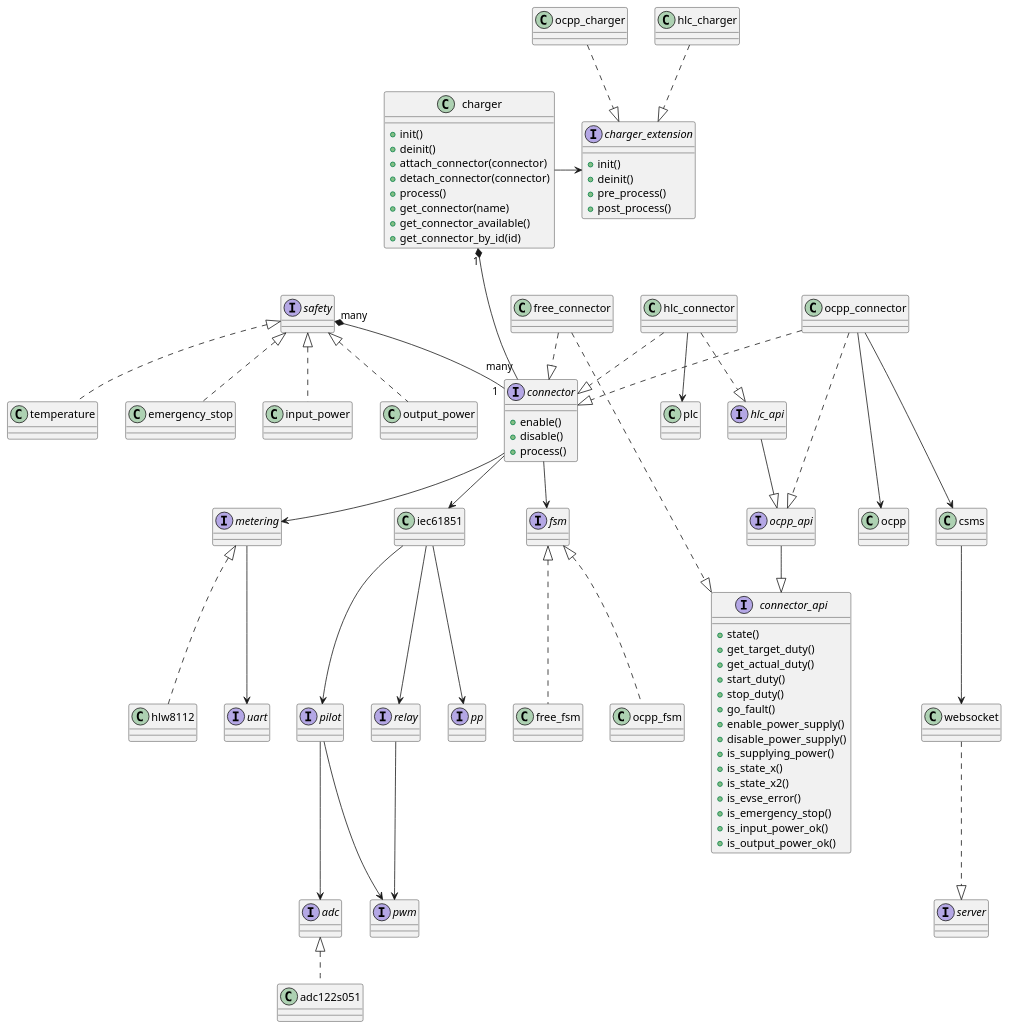
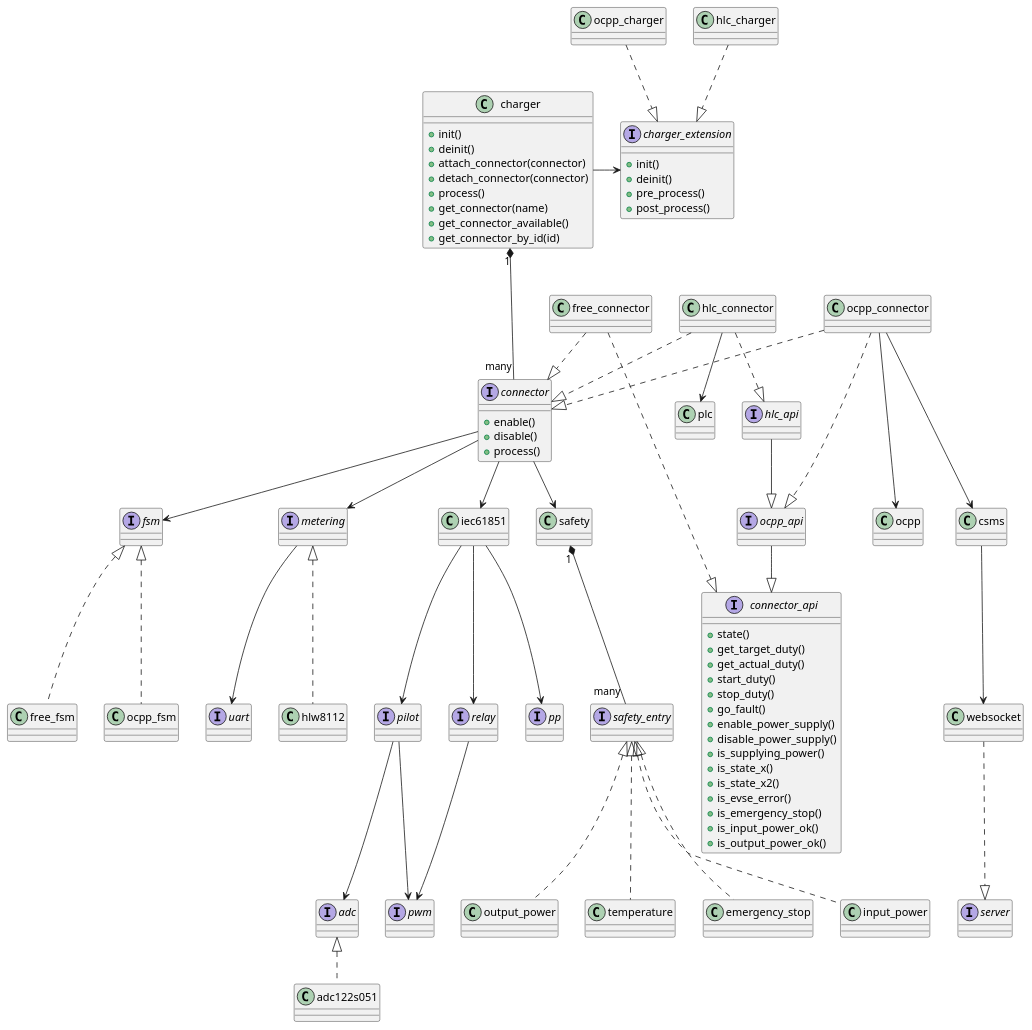
Before and after one commit to pazzk-labs/evse: the diagram in docs/diagrams/charger.puml, drawn with PlantUML. The commit also changed 24 other files, not shown here.

```diff
--- a/docs/diagrams/charger.puml
+++ b/docs/diagrams/charger.puml
@@ -1,109 +1,111 @@
 @startuml
 
 interface connector {
 	+enable()
 	+disable()
 	+process()
 }
 
 interface connector_api {
 	+state()
 	+get_target_duty()
 	+get_actual_duty()
 	+start_duty()
 	+stop_duty()
 	+go_fault()
 	+enable_power_supply()
 	+disable_power_supply()
 	+is_supplying_power()
 	+is_state_x()
 	+is_state_x2()
 	+is_evse_error()
 	+is_emergency_stop()
 	+is_input_power_ok()
 	+is_output_power_ok()
 }
 
 interface ocpp_api
 interface hlc_api
 
 interface fsm
 interface metering
-interface safety
+interface safety_entry
 interface pilot
 interface relay
 interface pp
 interface server
 interface adc
 interface pwm
 interface uart
 
 interface charger_extension {
 	+init()
 	+deinit()
 	+pre_process()
 	+post_process()
 }
 
 class charger {
 	+init()
 	+deinit()
 	+attach_connector(connector)
 	+detach_connector(connector)
 	+process()
 	+get_connector(name)
 	+get_connector_available()
 	+get_connector_by_id(id)
 }
 
 pilot --> adc
 pilot --> pwm
 relay --> pwm
 
 metering --> uart
 metering <|.. hlw8112
 
 adc <|.. adc122s051
 
 iec61851 --> pilot
 iec61851 --> relay
 iec61851 --> pp
 
 connector --> fsm
 connector --> iec61851
-safety "many" *-- "1" connector
 connector --> metering
+connector --> safety
 
 free_connector ..|> connector
 ocpp_connector ..|> connector
 hlc_connector ..|> connector
 
 free_connector ...|> connector_api
 ocpp_connector ...|> ocpp_api
 hlc_connector ..|> hlc_api
 
 ocpp_api --|> connector_api
 hlc_api --|> ocpp_api
 
 fsm <|.. free_fsm
 fsm <|.. ocpp_fsm
 
 ocpp_connector ---> ocpp
 ocpp_connector ---> csms
 csms --> websocket
 websocket ..|> server
 
 hlc_connector --> plc
 
-safety <|.. input_power
-safety <|.. output_power
-safety <|.. temperature
-safety <|.. emergency_stop
+safety_entry <|.. input_power
+safety_entry <|.. output_power
+safety_entry <|.. temperature
+safety_entry <|.. emergency_stop
+
+safety "1" *-- "many" safety_entry
 
 charger "1" *--- "many" connector
 charger -> charger_extension
 
 ocpp_charger ..|> charger_extension
 hlc_charger ..|> charger_extension
 
 @enduml
```
